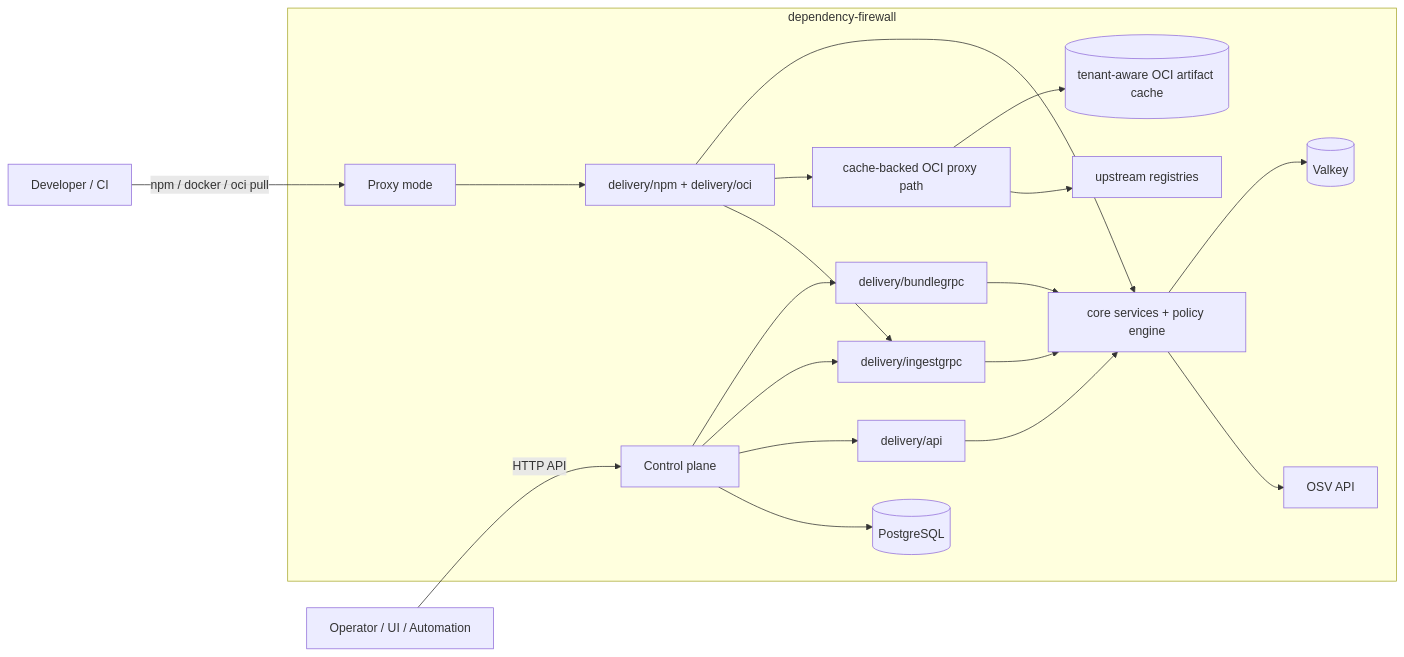
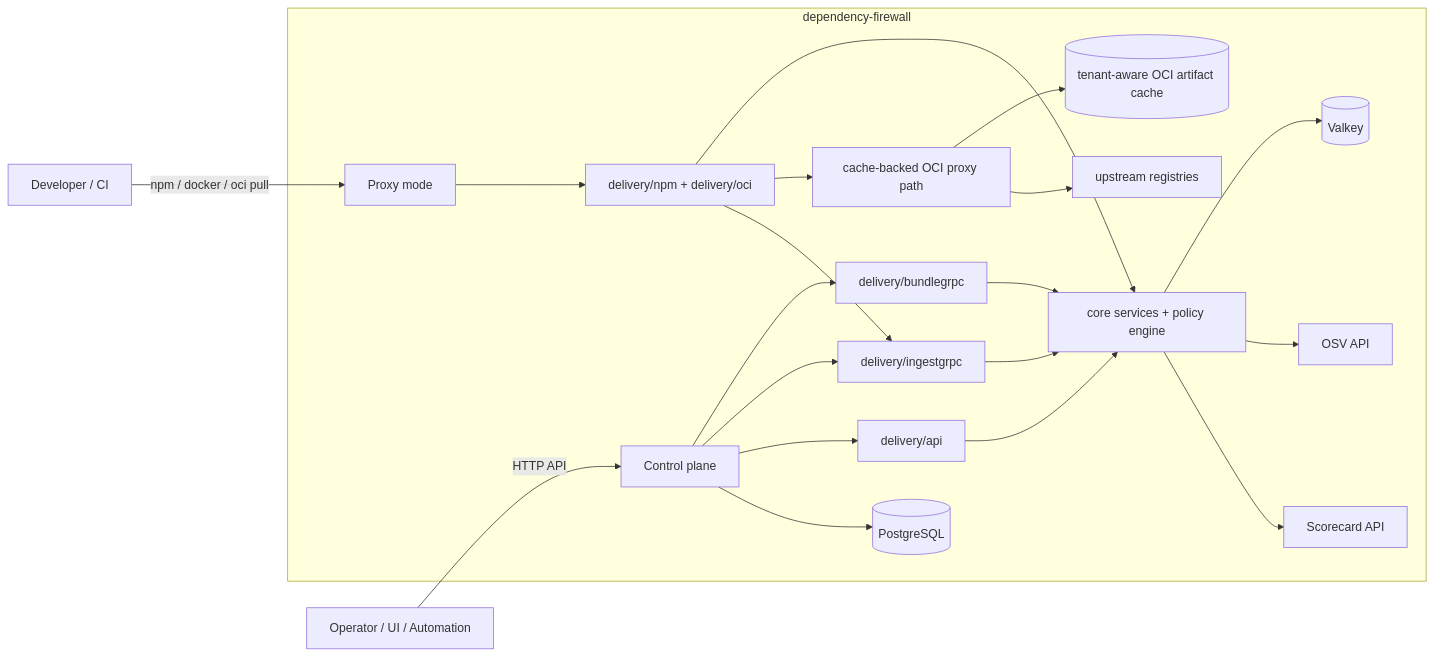
One commit to terrpan/dependency-firewall changed the first of 4 diagrams in docs/architecture.md. Above: the diagram before and after it, drawn with Mermaid. The commit also changed other lines of this file and 74 other files, not shown here.

````diff
--- a/docs/architecture.md
+++ b/docs/architecture.md
@@ -28,26 +28,27 @@
 ```mermaid
 flowchart LR
     developer[Developer / CI]
     operator[Operator / UI / Automation]
 
     developer -->|npm / docker / oci pull| dataplane[Proxy mode]
     operator -->|HTTP API| controlplane[Control plane]
 
     subgraph firewall[dependency-firewall]
         controlplane --> bundle[delivery/bundlegrpc]
         controlplane --> ingest[delivery/ingestgrpc]
         dataplane --> deliveryProxy[delivery/npm + delivery/oci]
         controlplane --> deliveryAPI[delivery/api]
         bundle --> core
         ingest --> core
         deliveryProxy --> core[core services + policy engine]
         deliveryProxy --> ociProxy[cache-backed OCI proxy path]
         deliveryAPI --> core
         controlplane --> postgres[(PostgreSQL)]
         core --> valkey[(Valkey)]
         ociProxy --> ociCache[(tenant-aware OCI artifact cache)]
         core --> osv[OSV API]
+        core --> scorecard[Scorecard API]
         deliveryProxy --> ingest
         ociProxy --> upstreams[upstream registries]
     end
 ```
````
